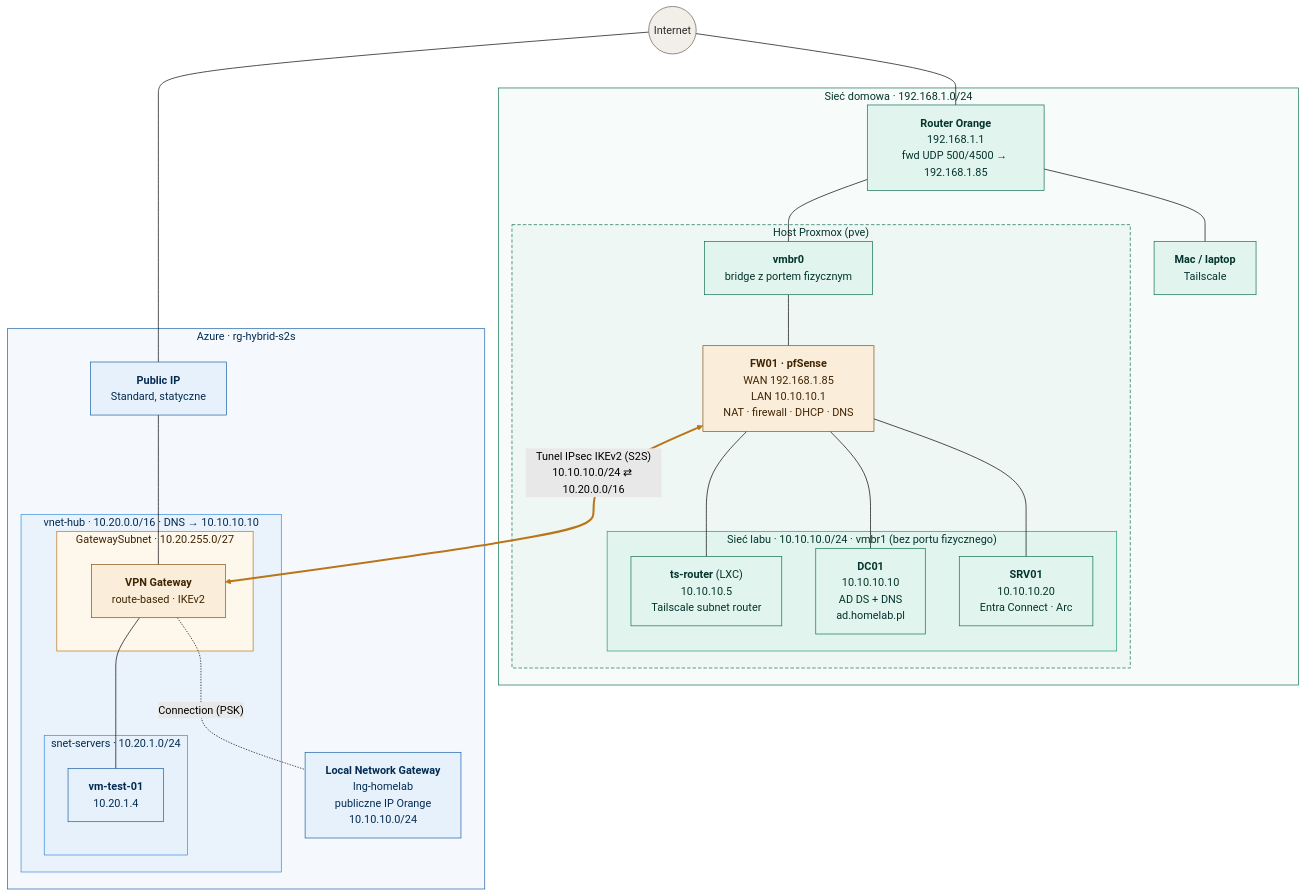
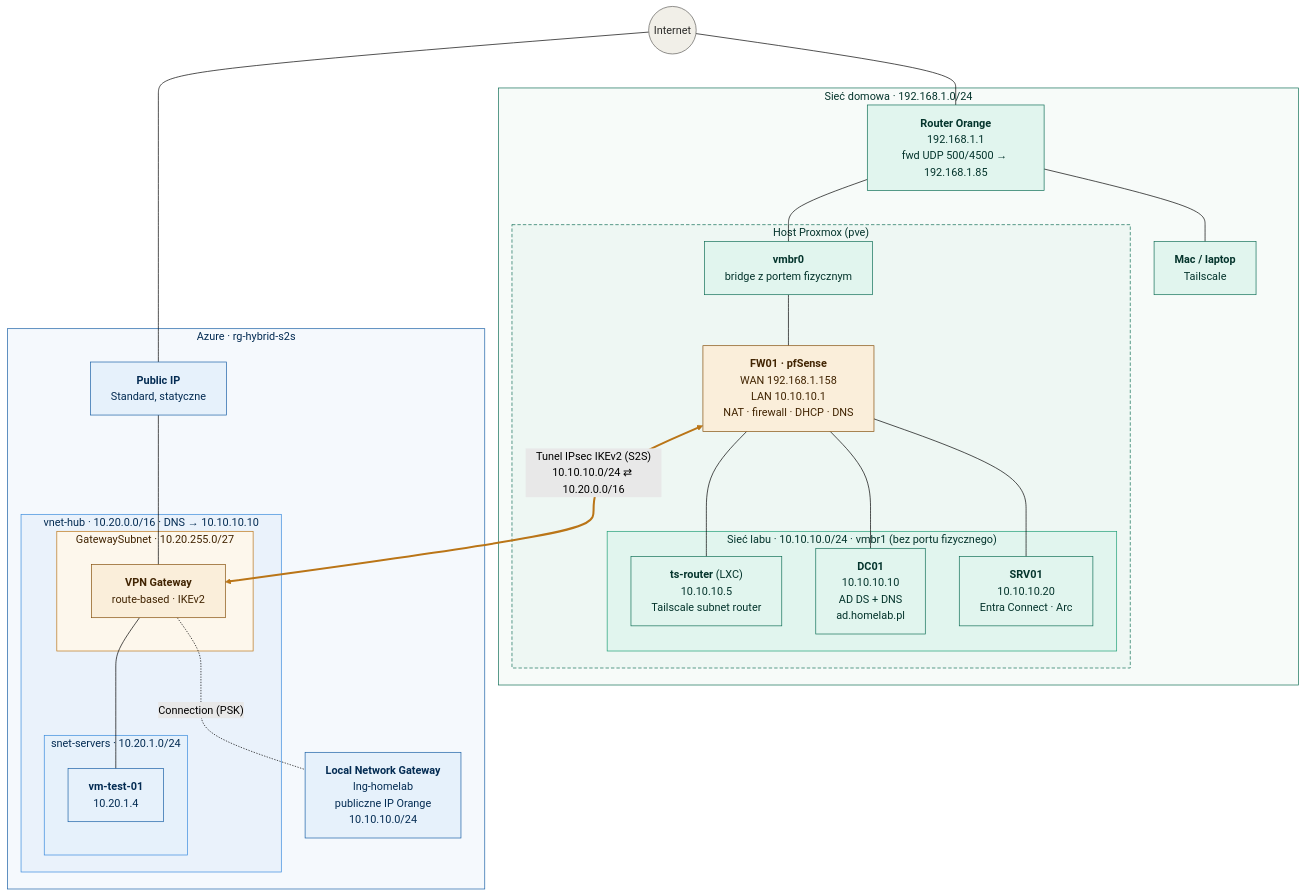
The first of 2 diagrams in README.md (Kanigzzz/hybrid-s2s), drawn with Mermaid (forest theme) before and after one commit. The commit also changed other lines of this file and 7 other files, not shown here.

````diff
--- a/README.md
+++ b/README.md
@@ -8,64 +8,64 @@
 ```mermaid
 flowchart TB
     INET(("Internet"))
 
     subgraph HOME["Sieć domowa · 192.168.1.0/24"]
         ORANGE["<b>Router Orange</b><br/>192.168.1.1<br/>fwd UDP 500/4500 → 192.168.1.85"]
         MAC["<b>Mac / laptop</b><br/>Tailscale"]
         subgraph PVE["Host Proxmox (pve)"]
             VMBR0["<b>vmbr0</b><br/>bridge z portem fizycznym"]
-            FW01["<b>FW01 · pfSense</b><br/>WAN 192.168.1.85<br/>LAN 10.10.10.1<br/>NAT · firewall · DHCP · DNS"]
+            FW01["<b>FW01 · pfSense</b><br/>WAN 192.168.1.158<br/>LAN 10.10.10.1<br/>NAT · firewall · DHCP · DNS"]
             subgraph LAB["Sieć labu · 10.10.10.0/24 · vmbr1 (bez portu fizycznego)"]
                 TS["<b>ts-router</b> (LXC)<br/>10.10.10.5<br/>Tailscale subnet router"]
                 DC01["<b>DC01</b><br/>10.10.10.10<br/>AD DS + DNS<br/>ad.homelab.pl"]
                 SRV01["<b>SRV01</b><br/>10.10.10.20<br/>Entra Connect · Arc"]
             end
         end
     end
 
     subgraph AZ["Azure · rg-hybrid-s2s"]
         PIP["<b>Public IP</b><br/>Standard, statyczne"]
         LNG["<b>Local Network Gateway</b><br/>lng-homelab<br/>publiczne IP Orange<br/>10.10.10.0/24"]
         subgraph VNET["vnet-hub · 10.20.0.0/16 · DNS → 10.10.10.10"]
             subgraph GWS["GatewaySubnet · 10.20.255.0/27"]
                 VGW["<b>VPN Gateway</b><br/>route-based · IKEv2"]
             end
             subgraph SNET["snet-servers · 10.20.1.0/24"]
                 VM["<b>vm-test-01</b><br/>10.20.1.4"]
             end
         end
     end
 
     INET --- ORANGE
     INET --- PIP
     ORANGE --- MAC
     ORANGE --- VMBR0
     VMBR0 --- FW01
     FW01 --- TS
     FW01 --- DC01
     FW01 --- SRV01
     PIP --- VGW
     VGW --- VM
     VGW -. "Connection (PSK)" .- LNG
     FW01 <== "Tunel IPsec IKEv2 (S2S)<br/>10.10.10.0/24 ⇄ 10.20.0.0/16" ==> VGW
 
     classDef onprem fill:#E1F5EE,stroke:#0F6E56,color:#04342C
     classDef azure fill:#E6F1FB,stroke:#185FA5,color:#042C53
     classDef gw fill:#FAEEDA,stroke:#854F0B,color:#412402
     classDef net fill:#F1EFE8,stroke:#5F5E5A,color:#2C2C2A
 
     class ORANGE,MAC,VMBR0,TS,DC01,SRV01 onprem
     class PIP,LNG,VM azure
     class FW01,VGW gw
     class INET net
 
     style HOME fill:#F7FBF9,stroke:#0F6E56,color:#04342C
     style PVE fill:#EEF7F3,stroke:#0F6E56,color:#04342C,stroke-dasharray:5 3
     style LAB fill:#E1F5EE,stroke:#1D9E75,color:#04342C
     style AZ fill:#F5F9FD,stroke:#185FA5,color:#042C53
     style VNET fill:#EAF2FB,stroke:#378ADD,color:#042C53
     style GWS fill:#FDF7EC,stroke:#BA7517,color:#412402
     style SNET fill:#E6F1FB,stroke:#378ADD,color:#042C53
 
     linkStyle 11 stroke:#BA7517,stroke-width:3px
 ```
````
